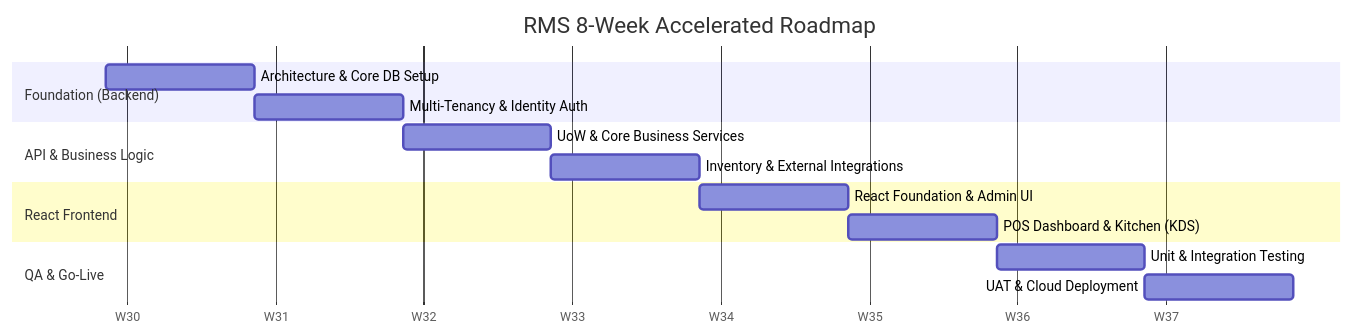
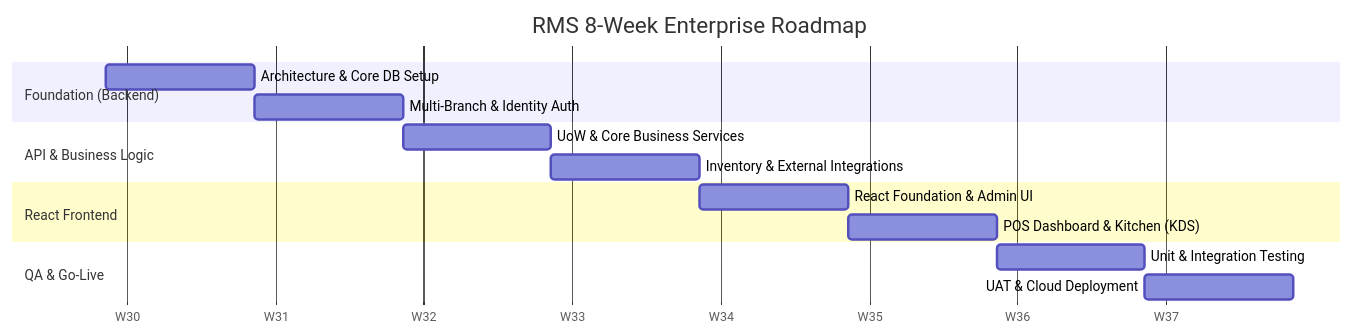
One commit to shams909/Restaurant-management-system changed the fourth of 4 diagrams in FINAL_MASTER_DOCUMENTATION.md. Above: the diagram before and after it, drawn with Mermaid. The commit also changed other lines of this file and 1 other file, not shown here.

Commit message:
docs: update master documentation and database schema to support multi-branch hierarchy in multi-tenant SaaS architecture

````diff
--- a/FINAL_MASTER_DOCUMENTATION.md
+++ b/FINAL_MASTER_DOCUMENTATION.md
@@ -280,22 +197,22 @@
 ```mermaid
 gantt
-    title RMS 8-Week Accelerated Roadmap
+    title RMS 8-Week Enterprise Roadmap
     dateFormat  YYYY-MM-DD
     axisFormat  W%W
     
     section Foundation (Backend)
     Architecture & Core DB Setup    :a1, 2026-08-01, 7d
-    Multi-Tenancy & Identity Auth   :a2, after a1, 7d
+    Multi-Branch & Identity Auth    :a2, after a1, 7d
     
     section API & Business Logic
     UoW & Core Business Services    :b1, after a2, 7d
     Inventory & External Integrations:b2, after b1, 7d
     
     section React Frontend
     React Foundation & Admin UI     :c1, after b2, 7d
     POS Dashboard & Kitchen (KDS)   :c2, after c1, 7d
     
     section QA & Go-Live
     Unit & Integration Testing      :d1, after c2, 7d
     UAT & Cloud Deployment          :d2, after d1, 7d
 ```
````
